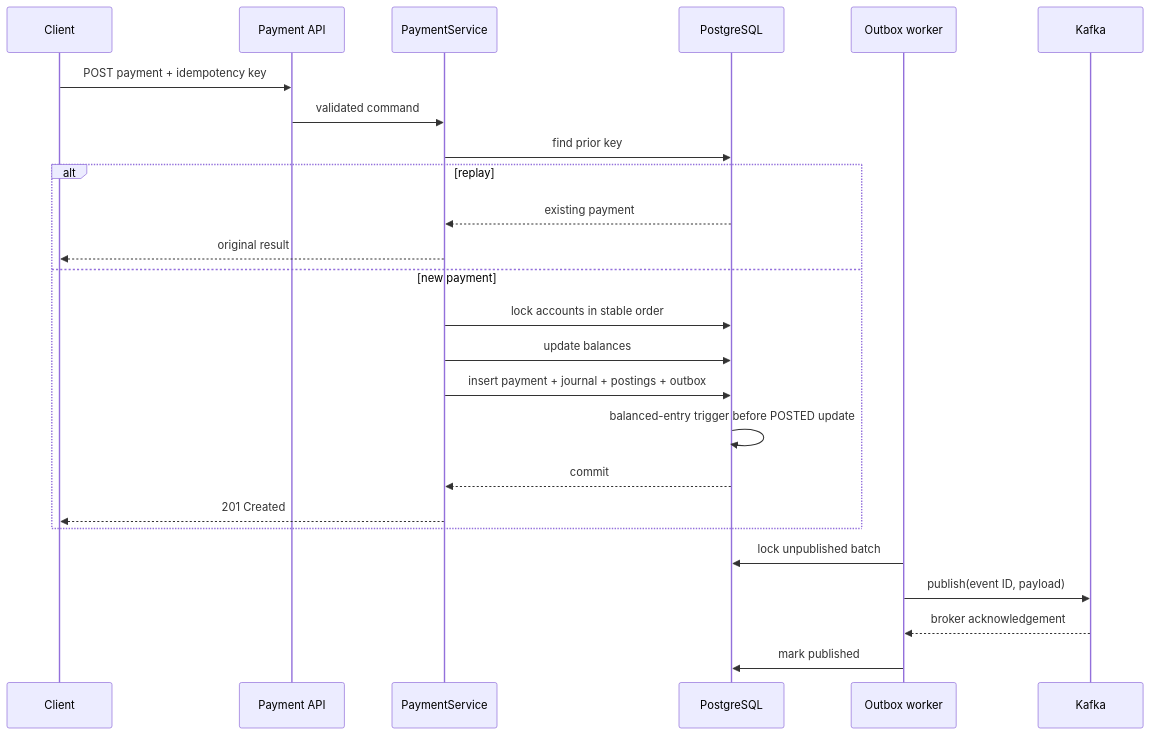
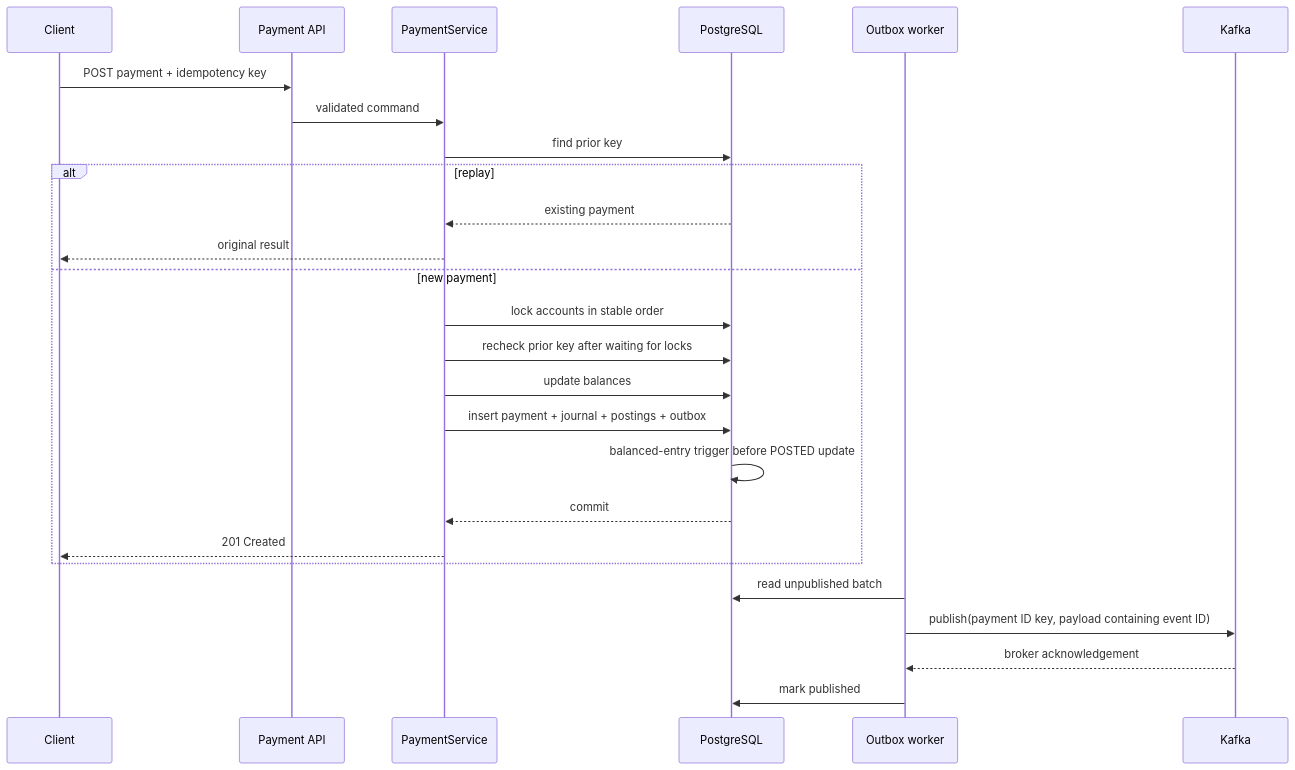
Before and after one commit to Mohamedajab/clearledger: the diagram in docs/architecture.md, drawn with Mermaid. The commit also changed other lines of this file and 17 other files, not shown here.

````diff
--- a/docs/architecture.md
+++ b/docs/architecture.md
@@ -15,28 +15,29 @@
 ```mermaid
 sequenceDiagram
   participant C as Client
   participant A as Payment API
   participant S as PaymentService
   participant P as PostgreSQL
   participant O as Outbox worker
   participant K as Kafka
 
   C->>A: POST payment + idempotency key
   A->>S: validated command
   S->>P: find prior key
   alt replay
     P-->>S: existing payment
     S-->>C: original result
   else new payment
     S->>P: lock accounts in stable order
+    S->>P: recheck prior key after waiting for locks
     S->>P: update balances
     S->>P: insert payment + journal + postings + outbox
     P->>P: balanced-entry trigger before POSTED update
     P-->>S: commit
     S-->>C: 201 Created
   end
-  O->>P: lock unpublished batch
-  O->>K: publish(event ID, payload)
+  O->>P: read unpublished batch
+  O->>K: publish(payment ID key, payload containing event ID)
   K-->>O: broker acknowledgement
   O->>P: mark published
 ```
````
